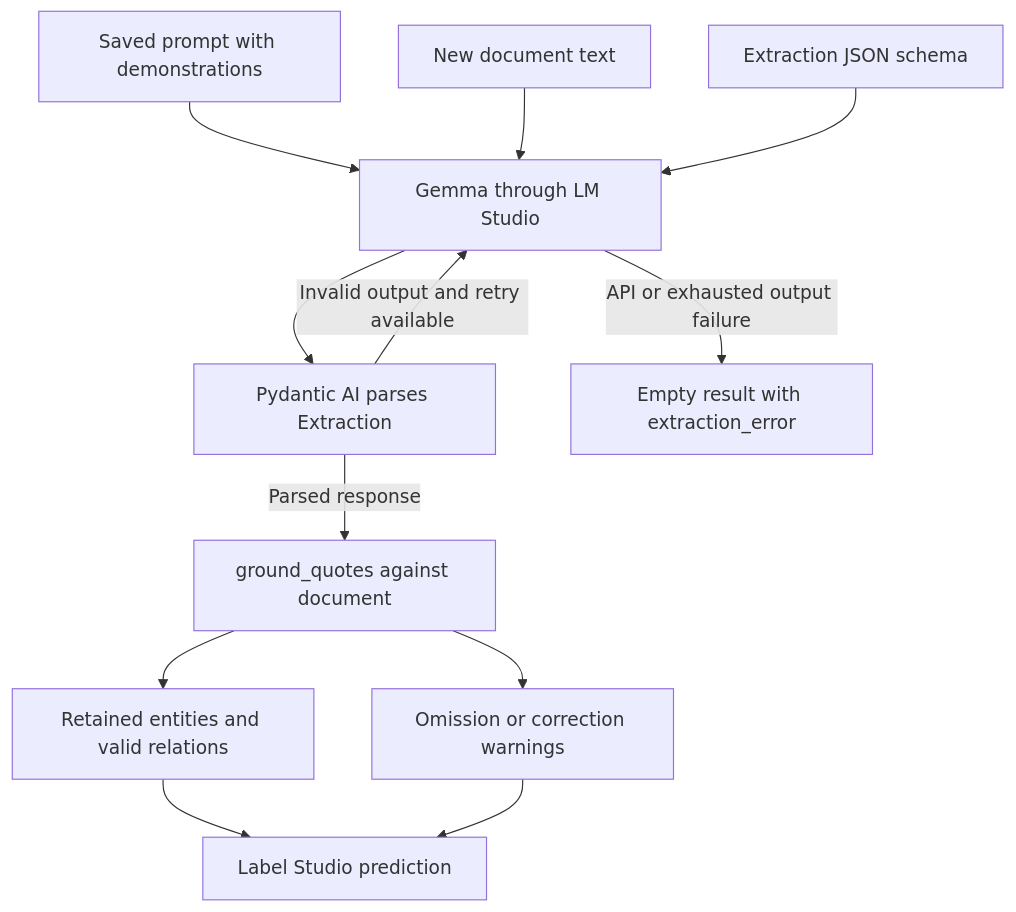
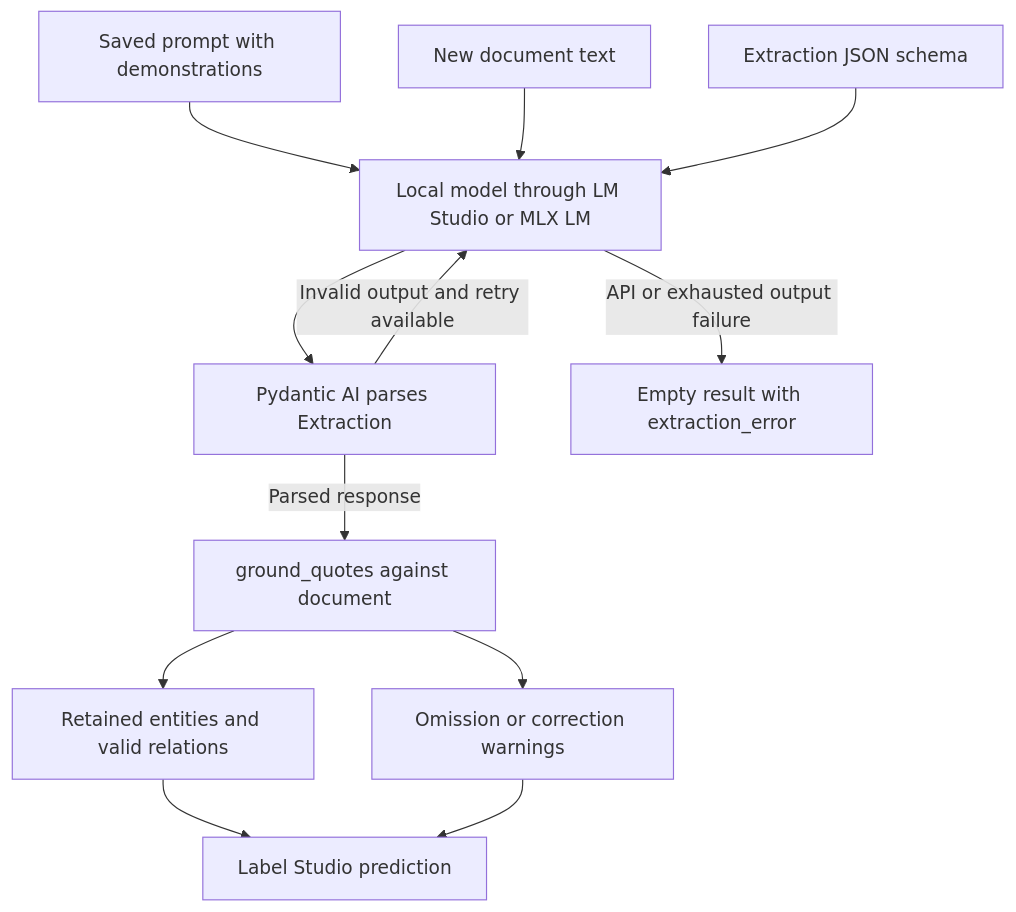
One commit to eljoserass/extractorbase changed the diagram in docs/methods/llm.md. Above: the diagram before and after it, drawn with Mermaid. The commit also changed other lines of this file and 4 other files, not shown here.

````diff
--- a/docs/methods/llm.md
+++ b/docs/methods/llm.md
@@ -101,14 +110,14 @@
 ```mermaid
 flowchart TD
-    A[Saved prompt with demonstrations] --> C[Gemma through LM Studio]
+    A[Saved prompt with demonstrations] --> C[Local model through LM Studio or MLX LM]
     B[New document text] --> C
     D[Extraction JSON schema] --> C
     C --> E[Pydantic AI parses Extraction]
     E -->|Invalid output and retry available| C
     E -->|Parsed response| F[ground_quotes against document]
     F --> G[Retained entities and valid relations]
     F --> H[Omission or correction warnings]
     G --> I[Label Studio prediction]
     H --> I
     C -->|API or exhausted output failure| J[Empty result with extraction_error]
 ```
````
